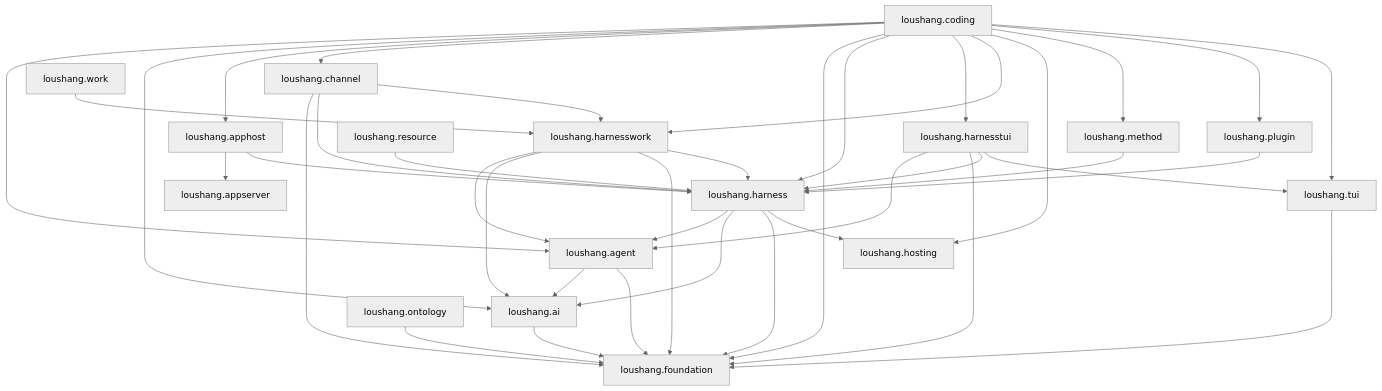
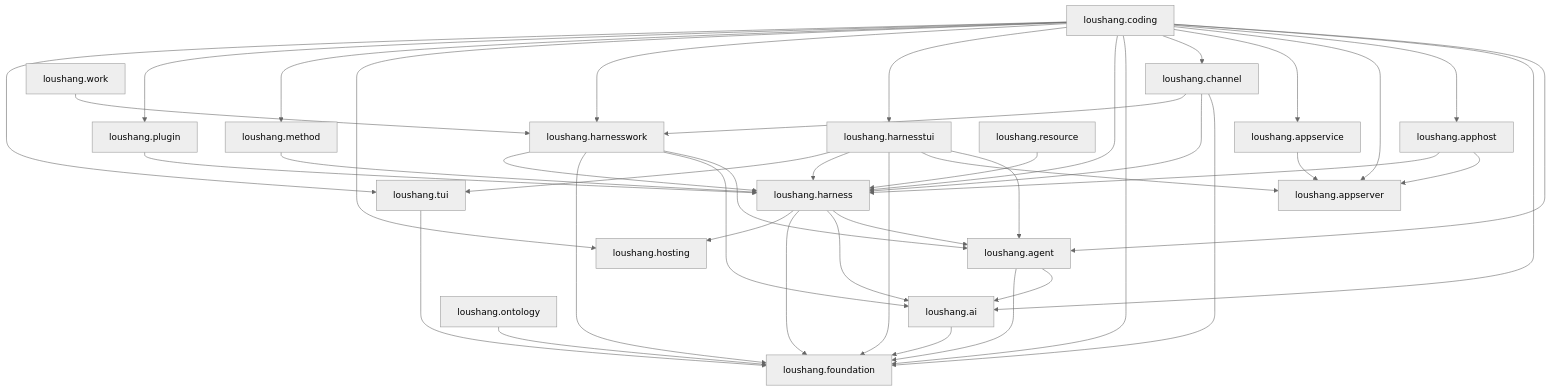
Before and after one commit to zhnt/loushang: the diagram in docs/internals/architecture/generated/current-package-dependencies.md, drawn with Mermaid (neutral theme). The commit also changed other lines of this file and 25 other files, not shown here.

Commit message:
docs(architecture): close G11 hosted application

````diff
--- a/docs/internals/architecture/generated/current-package-dependencies.md
+++ b/docs/internals/architecture/generated/current-package-dependencies.md
@@ -27,59 +27,64 @@
 ```mermaid
 graph TD
     PKG_AGENT["loushang.agent"]
     PKG_AI["loushang.ai"]
     PKG_APPHOST["loushang.apphost"]
     PKG_APPSERVER["loushang.appserver"]
+    PKG_APPSERVICE["loushang.appservice"]
     PKG_CHANNEL["loushang.channel"]
     PKG_CODING["loushang.coding"]
     PKG_FOUNDATION["loushang.foundation"]
     PKG_HARNESS["loushang.harness"]
     PKG_HARNESSTUI["loushang.harnesstui"]
     PKG_HARNESSWORK["loushang.harnesswork"]
     PKG_HOSTING["loushang.hosting"]
     PKG_METHOD["loushang.method"]
     PKG_ONTOLOGY["loushang.ontology"]
     PKG_PLUGIN["loushang.plugin"]
     PKG_RESOURCE["loushang.resource"]
     PKG_TUI["loushang.tui"]
     PKG_WORK["loushang.work"]
 
     PKG_AGENT --> PKG_AI
     PKG_AGENT --> PKG_FOUNDATION
     PKG_AI --> PKG_FOUNDATION
     PKG_APPHOST --> PKG_APPSERVER
     PKG_APPHOST --> PKG_HARNESS
+    PKG_APPSERVICE --> PKG_APPSERVER
     PKG_CHANNEL --> PKG_FOUNDATION
     PKG_CHANNEL --> PKG_HARNESS
     PKG_CHANNEL --> PKG_HARNESSWORK
     PKG_CODING --> PKG_AGENT
     PKG_CODING --> PKG_AI
     PKG_CODING --> PKG_APPHOST
+    PKG_CODING --> PKG_APPSERVER
+    PKG_CODING --> PKG_APPSERVICE
     PKG_CODING --> PKG_CHANNEL
     PKG_CODING --> PKG_FOUNDATION
     PKG_CODING --> PKG_HARNESS
     PKG_CODING --> PKG_HARNESSTUI
     PKG_CODING --> PKG_HARNESSWORK
     PKG_CODING --> PKG_HOSTING
     PKG_CODING --> PKG_METHOD
     PKG_CODING --> PKG_PLUGIN
     PKG_CODING --> PKG_TUI
     PKG_HARNESS --> PKG_AGENT
     PKG_HARNESS --> PKG_AI
     PKG_HARNESS --> PKG_FOUNDATION
     PKG_HARNESS --> PKG_HOSTING
     PKG_HARNESSTUI --> PKG_AGENT
+    PKG_HARNESSTUI --> PKG_APPSERVER
     PKG_HARNESSTUI --> PKG_FOUNDATION
     PKG_HARNESSTUI --> PKG_HARNESS
     PKG_HARNESSTUI --> PKG_TUI
     PKG_HARNESSWORK --> PKG_AGENT
     PKG_HARNESSWORK --> PKG_AI
     PKG_HARNESSWORK --> PKG_FOUNDATION
     PKG_HARNESSWORK --> PKG_HARNESS
     PKG_METHOD --> PKG_HARNESS
     PKG_ONTOLOGY --> PKG_FOUNDATION
     PKG_PLUGIN --> PKG_HARNESS
     PKG_RESOURCE --> PKG_HARNESS
     PKG_TUI --> PKG_FOUNDATION
     PKG_WORK --> PKG_HARNESSWORK
 ```
````
